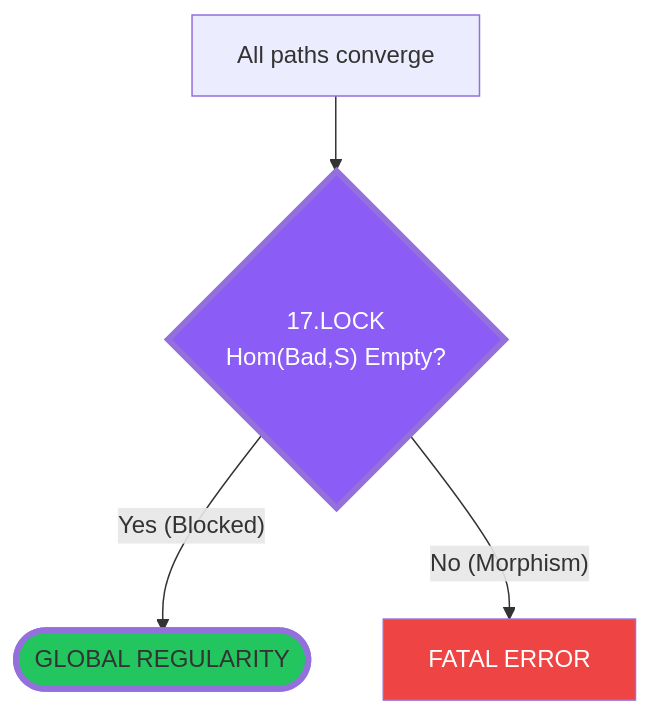
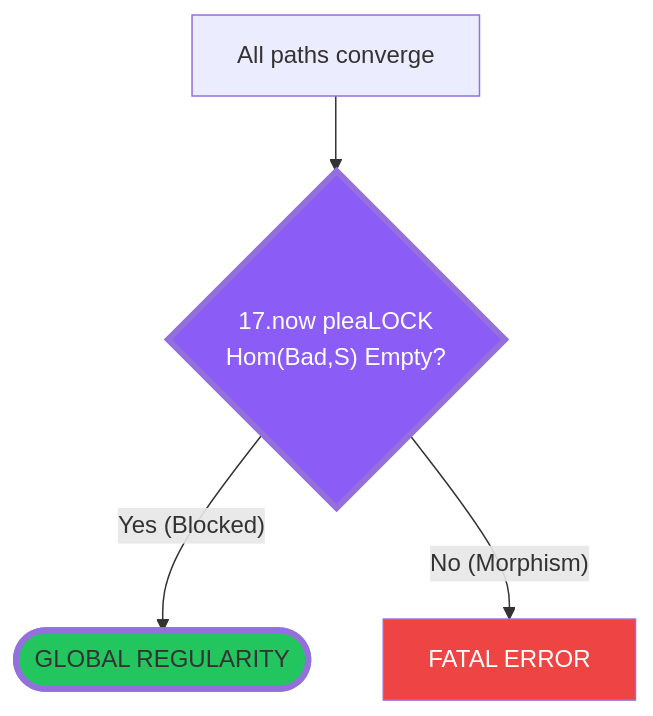
The fifth of 5 diagrams in docs/source/hypo_permits/hypopermits.md (Guillemdb/hypostructure), drawn with Mermaid before and after one commit. The commit also changed 1 other file, not shown here.

Commit message:
Add hypopermits

````diff
--- a/docs/source/hypo_permits/hypopermits.md
+++ b/docs/source/hypo_permits/hypopermits.md
@@ -2680,10 +2680,10 @@
 ```mermaid
 graph TD
-    Converge["All paths converge"] --> Lock{"17.LOCK<br>Hom(Bad,S) Empty?"}
+    Converge["All paths converge"] --> Lock{"17.now pleaLOCK<br>Hom(Bad,S) Empty?"}
     Lock -- "Yes (Blocked)" --> Victory(["GLOBAL REGULARITY"])
     Lock -- "No (Morphism)" --> Fatal["FATAL ERROR"]
 
     style Lock fill:#8b5cf6,color:#fff,stroke-width:4px
     style Victory fill:#22c55e,stroke-width:4px
     style Fatal fill:#ef4444,color:#fff
 ```
````
